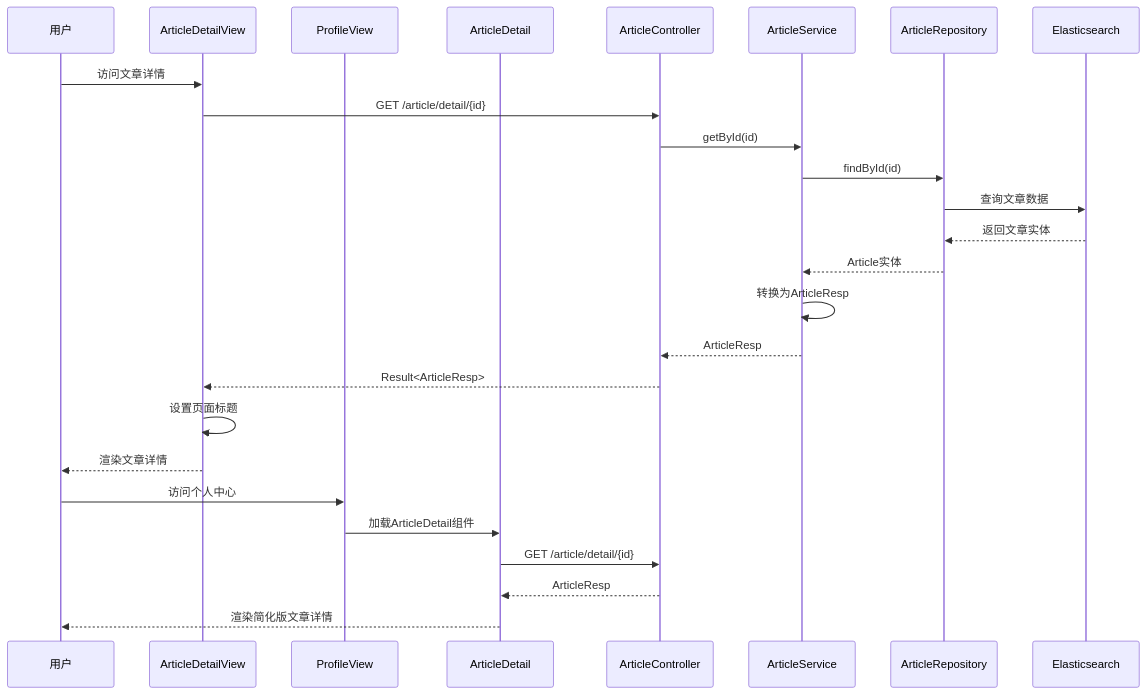
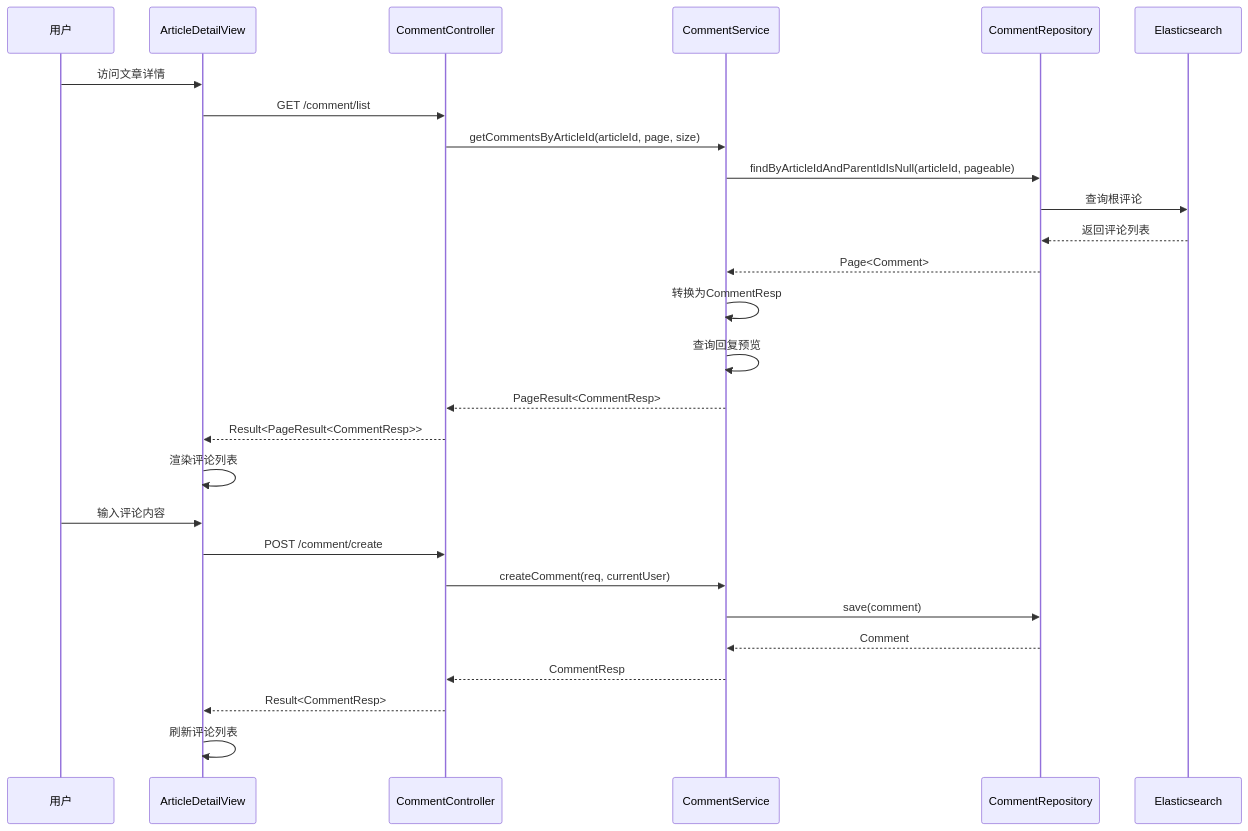
The third of 17 diagrams in .qoder/repowiki/zh/content/Article Detail View.md (20164206160/zhishilu), drawn with Mermaid before and after one commit. The commit also changed other lines of this file and 4 other files, not shown here.

````diff
--- a/.qoder/repowiki/zh/content/Article Detail View.md
+++ b/.qoder/repowiki/zh/content/Article Detail View.md
@@ -194,28 +227,29 @@
 ```mermaid
 sequenceDiagram
 participant User as 用户
 participant View as ArticleDetailView
-participant Profile as ProfileView
-participant Detail as ArticleDetail
-participant API as ArticleController
-participant Service as ArticleService
-participant Repo as ArticleRepository
+participant API as CommentController
+participant Service as CommentService
+participant Repo as CommentRepository
 participant ES as Elasticsearch
 User->>View : 访问文章详情
-View->>API : GET /article/detail/{id}
-API->>Service : getById(id)
-Service->>Repo : findById(id)
-Repo->>ES : 查询文章数据
-ES-->>Repo : 返回文章实体
-Repo-->>Service : Article实体
-Service->>Service : 转换为ArticleResp
-Service-->>API : ArticleResp
-API-->>View : Result<ArticleResp>
-View->>View : 设置页面标题
-View-->>User : 渲染文章详情
-User->>Profile : 访问个人中心
-Profile->>Detail : 加载ArticleDetail组件
-Detail->>API : GET /article/detail/{id}
-API-->>Detail : ArticleResp
-Detail-->>User : 渲染简化版文章详情
+View->>API : GET /comment/list
+API->>Service : getCommentsByArticleId(articleId, page, size)
+Service->>Repo : findByArticleIdAndParentIdIsNull(articleId, pageable)
+Repo->>ES : 查询根评论
+ES-->>Repo : 返回评论列表
+Repo-->>Service : Page<Comment>
+Service->>Service : 转换为CommentResp
+Service->>Service : 查询回复预览
+Service-->>API : PageResult<CommentResp>
+API-->>View : Result<PageResult<CommentResp>>
+View->>View : 渲染评论列表
+User->>View : 输入评论内容
+View->>API : POST /comment/create
+API->>Service : createComment(req, currentUser)
+Service->>Repo : save(comment)
+Repo-->>Service : Comment
+Service-->>API : CommentResp
+API-->>View : Result<CommentResp>
+View->>View : 刷新评论列表
 ```
````
